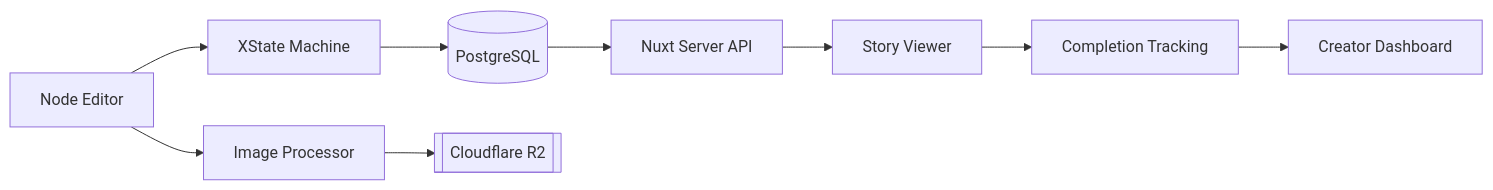
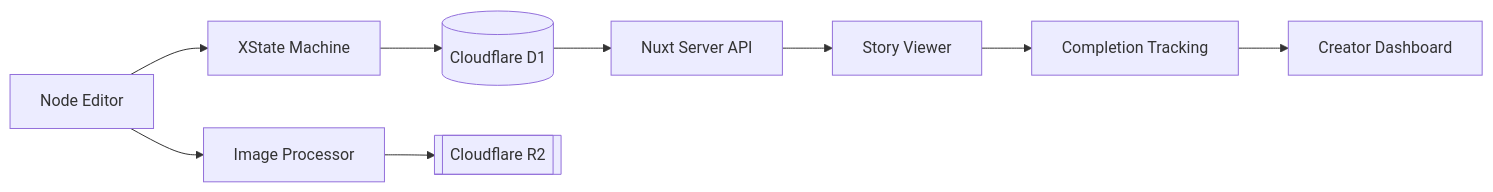
The first of 4 diagrams in memory-bank/systemPatterns.md (AlexBerlo/test-nuxt), drawn with Mermaid before and after one commit. The commit also changed 20 other files, not shown here.

````diff
--- a/memory-bank/systemPatterns.md
+++ b/memory-bank/systemPatterns.md
@@ -5,11 +5,11 @@
 ```mermaid
 flowchart LR
     Editor[Node Editor] --> State[XState Machine]
-    State --> DB[(PostgreSQL)]
+    State --> DB[(Cloudflare D1)]
     Editor --> Image[Image Processor]
     Image --> R2[[Cloudflare R2]]
     DB --> API[Nuxt Server API]
     API --> Consumer[Story Viewer]
     Consumer --> Analytics[Completion Tracking]
     Analytics --> Creator[Creator Dashboard]
 ```
````
